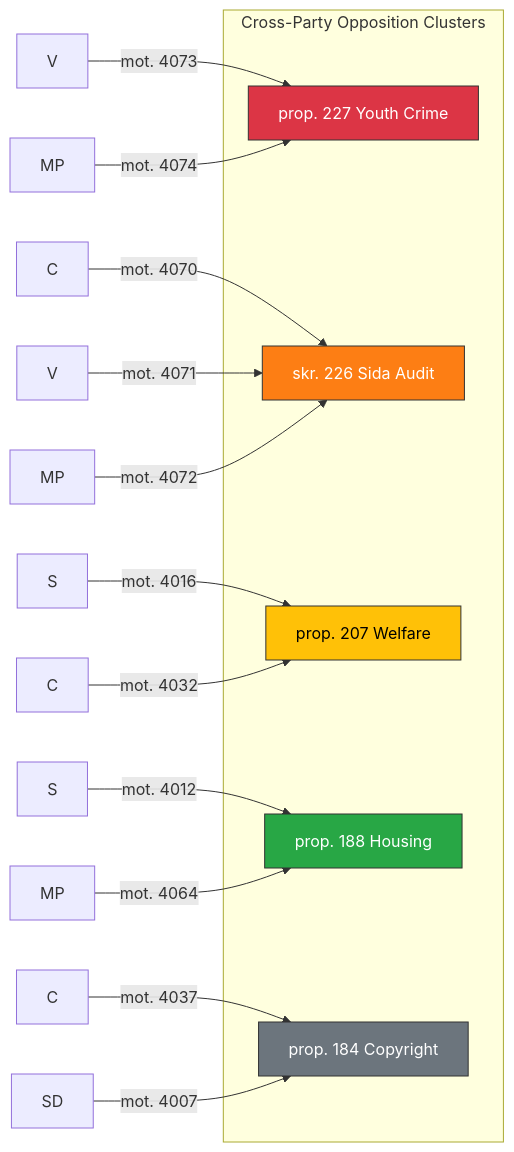
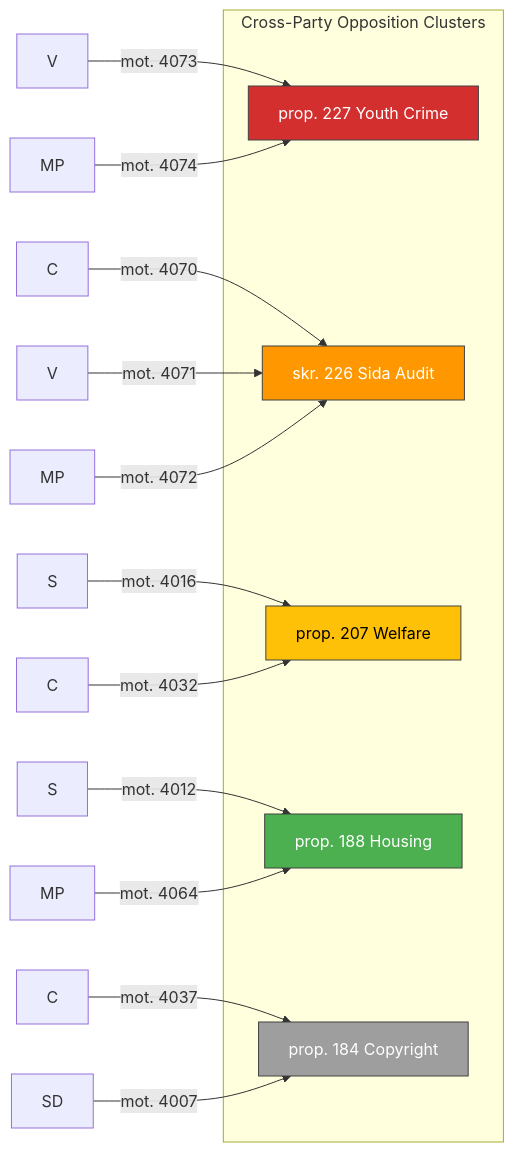
Before and after one commit to Hack23/riksdagsmonitor: the second of 2 diagrams in analysis/daily/2026-04-10/motions/synthesis-summary.md, drawn with Mermaid. The commit also changed other lines of this file and 785 other files, not shown here.

First line of the commit message:
Normalize mermaid colors across 786 analysis artifacts to ISMS Style Guide palette

````diff
--- a/analysis/daily/2026-04-10/motions/synthesis-summary.md
+++ b/analysis/daily/2026-04-10/motions/synthesis-summary.md
@@ -95,26 +95,26 @@
 ```mermaid
 graph LR
     subgraph "Cross-Party Opposition Clusters"
         P227["prop. 227 Youth Crime"]
         S226["skr. 226 Sida Audit"]
         P207["prop. 207 Welfare"]
         P188["prop. 188 Housing"]
         P184["prop. 184 Copyright"]
     end
     V1["V"] -->|mot. 4073| P227
     MP1["MP"] -->|mot. 4074| P227
     C1["C"] -->|mot. 4070| S226
     V2["V"] -->|mot. 4071| S226
     MP2["MP"] -->|mot. 4072| S226
     S1["S"] -->|mot. 4016| P207
     C2["C"] -->|mot. 4032| P207
     S2["S"] -->|mot. 4012| P188
     MP3["MP"] -->|mot. 4064| P188
     C3["C"] -->|mot. 4037| P184
     SD1["SD"] -->|mot. 4007| P184
-    style P227 fill:#dc3545,stroke:#333,color:#fff
-    style S226 fill:#fd7e14,stroke:#333,color:#fff
-    style P207 fill:#ffc107,stroke:#333,color:#000
-    style P188 fill:#28a745,stroke:#333,color:#fff
-    style P184 fill:#6c757d,stroke:#333,color:#fff
+    style P227 fill:#D32F2F,stroke:#424242,color:#FFFFFF
+    style S226 fill:#FF9800,stroke:#424242,color:#FFFFFF
+    style P207 fill:#FFC107,stroke:#424242,color:#000000
+    style P188 fill:#4CAF50,stroke:#424242,color:#FFFFFF
+    style P184 fill:#9E9E9E,stroke:#424242,color:#FFFFFF
 ```
````
